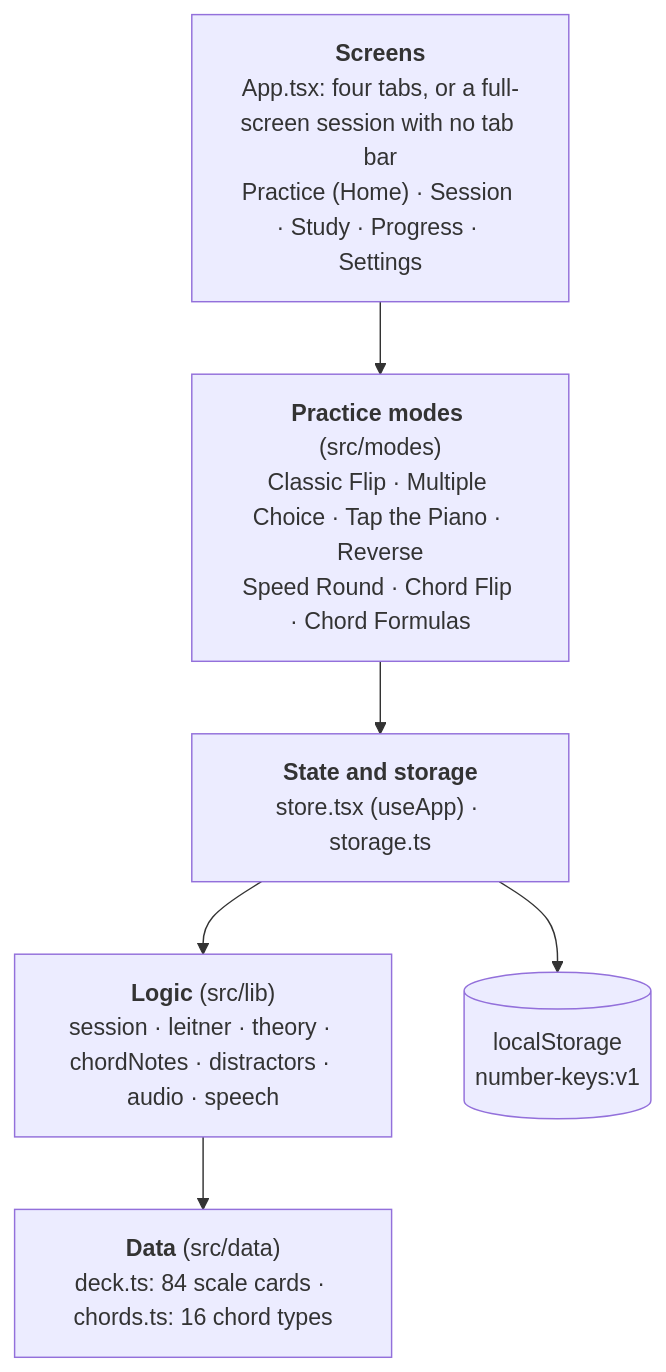
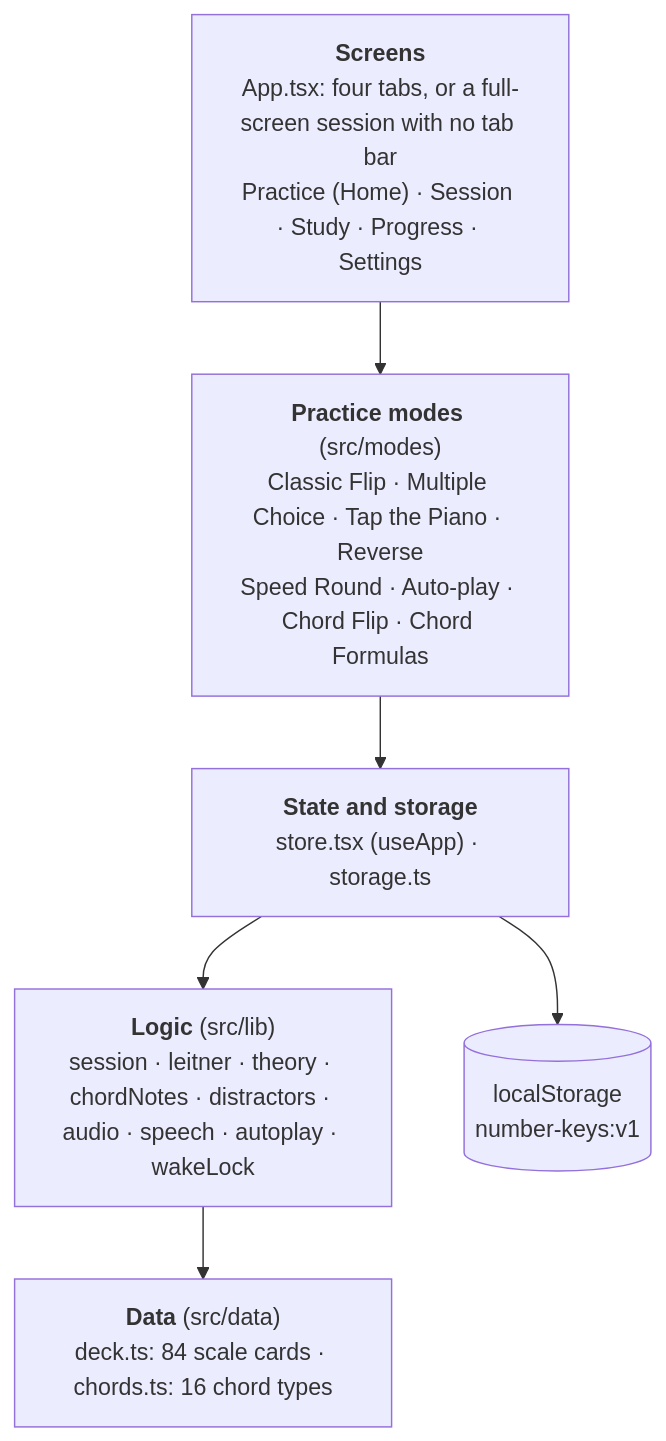
Before and after one commit to fcasonjr/number-keys: the diagram in docs/PROJECT.md, drawn with Mermaid. The commit also changed other lines of this file and 15 other files, not shown here.

First line of the commit message:
Add Auto-play: cards that flip, speak and advance on their own

````diff
--- a/docs/PROJECT.md
+++ b/docs/PROJECT.md
@@ -62,11 +62,11 @@
 ```mermaid
 flowchart TD
     S["<b>Screens</b><br/>App.tsx: four tabs, or a full-screen session with no tab bar<br/>Practice (Home) · Session · Study · Progress · Settings"]
-    M["<b>Practice modes</b> (src/modes)<br/>Classic Flip · Multiple Choice · Tap the Piano · Reverse<br/>Speed Round · Chord Flip · Chord Formulas"]
+    M["<b>Practice modes</b> (src/modes)<br/>Classic Flip · Multiple Choice · Tap the Piano · Reverse<br/>Speed Round · Auto-play · Chord Flip · Chord Formulas"]
     T["<b>State and storage</b><br/>store.tsx (useApp) · storage.ts"]
-    L["<b>Logic</b> (src/lib)<br/>session · leitner · theory · chordNotes · distractors · audio · speech"]
+    L["<b>Logic</b> (src/lib)<br/>session · leitner · theory · chordNotes · distractors · audio · speech · autoplay · wakeLock"]
     D["<b>Data</b> (src/data)<br/>deck.ts: 84 scale cards · chords.ts: 16 chord types"]
     LS[("localStorage<br/>number-keys:v1")]
     S --> M --> T --> L --> D
     T --> LS
 ```
````
